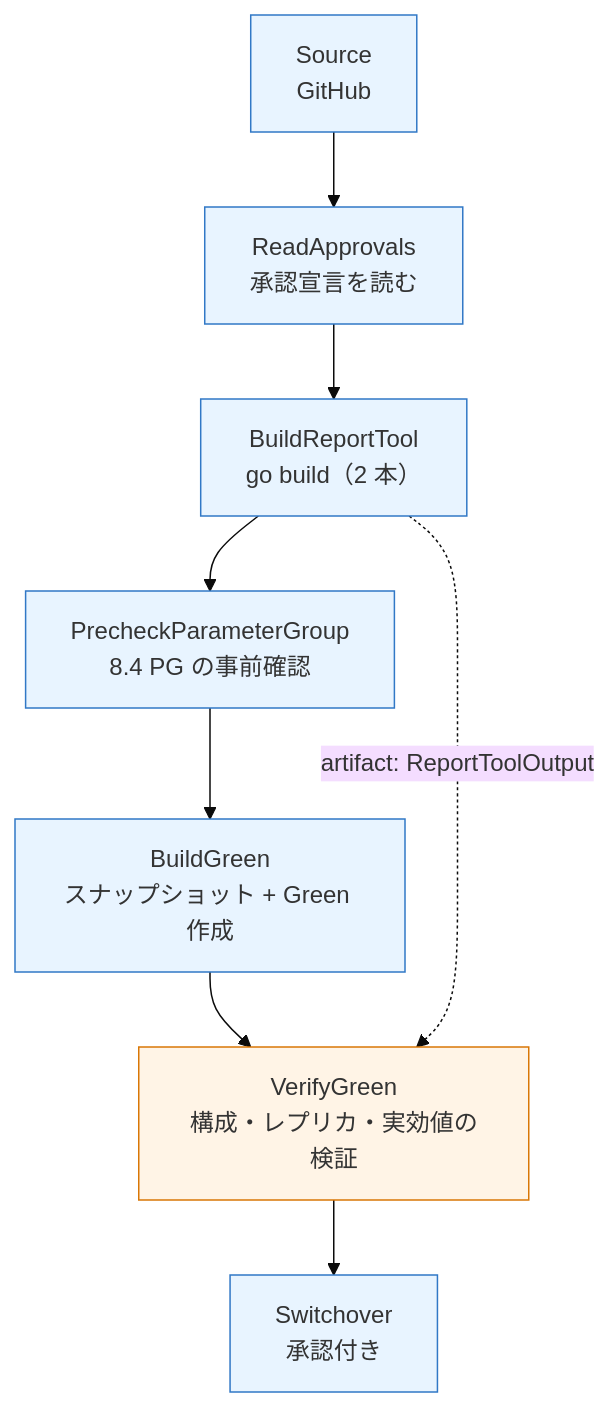
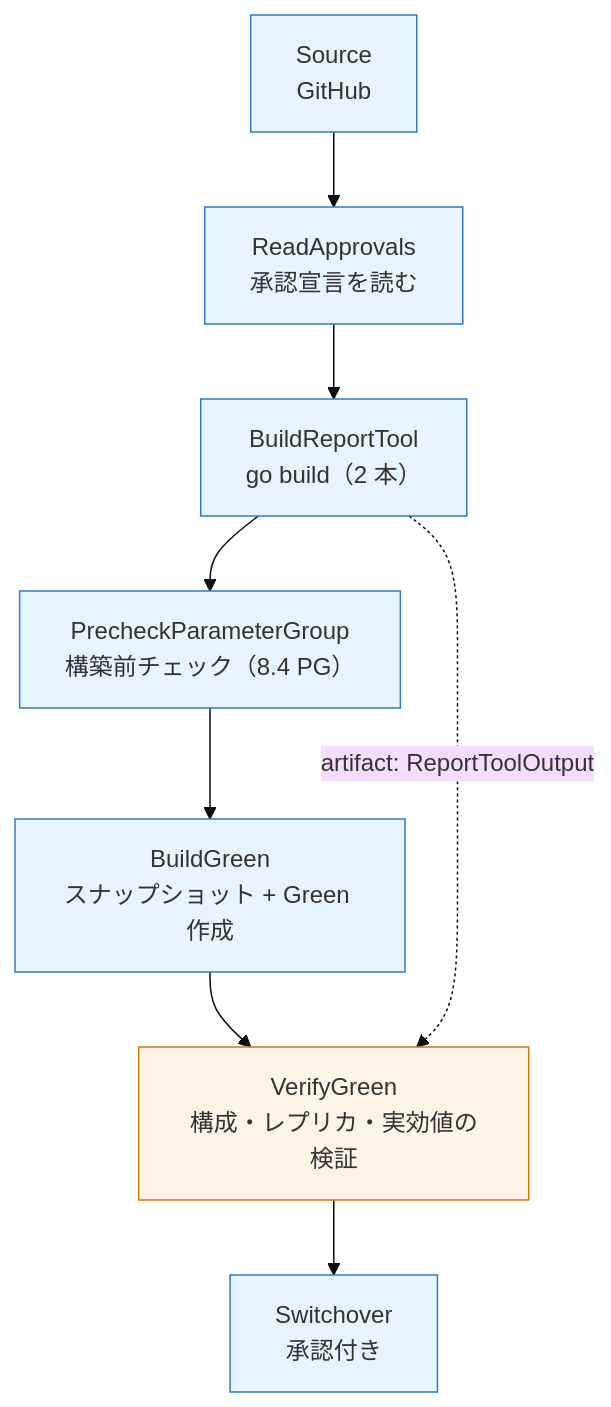
One commit to rxsxkxd/pk changed the second of 7 diagrams in docs/rds_mysql_upgrade/ci/verify-green-vpc-architecture.md. Above: the diagram before and after it, drawn with Mermaid (base theme). The commit also changed 20 other files, not shown here.

````diff
--- a/docs/rds_mysql_upgrade/ci/verify-green-vpc-architecture.md
+++ b/docs/rds_mysql_upgrade/ci/verify-green-vpc-architecture.md
@@ -38,16 +38,16 @@
 ```mermaid
 flowchart TD
     S["Source<br/>GitHub"] --> RA["ReadApprovals<br/>承認宣言を読む"]
     RA --> BRT["BuildReportTool<br/>go build（2 本）"]
-    BRT --> PC["PrecheckParameterGroup<br/>8.4 PG の事前確認"]
+    BRT --> PC["PrecheckParameterGroup<br/>構築前チェック（8.4 PG）"]
     PC --> BG["BuildGreen<br/>スナップショット + Green 作成"]
     BG --> VG["VerifyGreen<br/>構成・レプリカ・実効値の検証"]
     VG --> SW["Switchover<br/>承認付き"]
 
     BRT -.->|"artifact: ReportToolOutput"| VG
 
     classDef outside fill:#e8f4ff,stroke:#3178c6
     classDef inside fill:#fff4e6,stroke:#d97706
     class S,RA,BRT,PC,BG,SW,CU outside
     class VG inside
 ```
````
